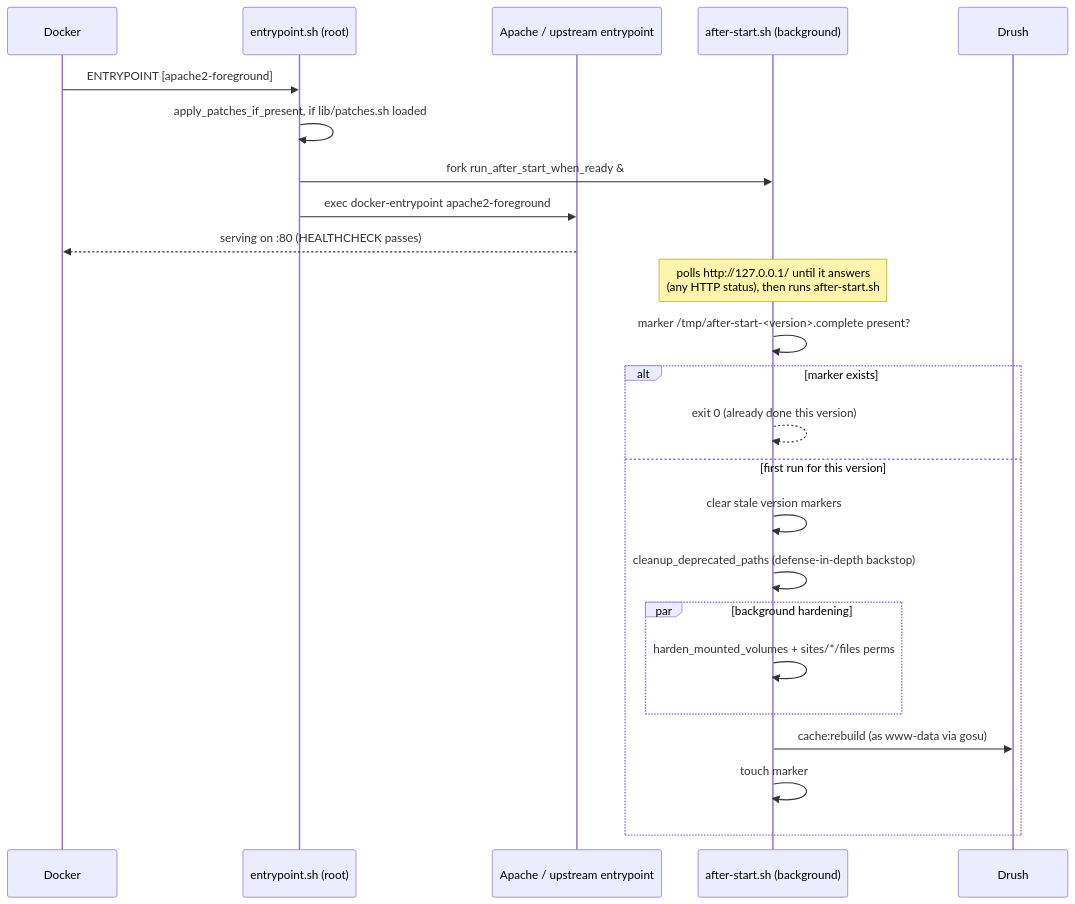
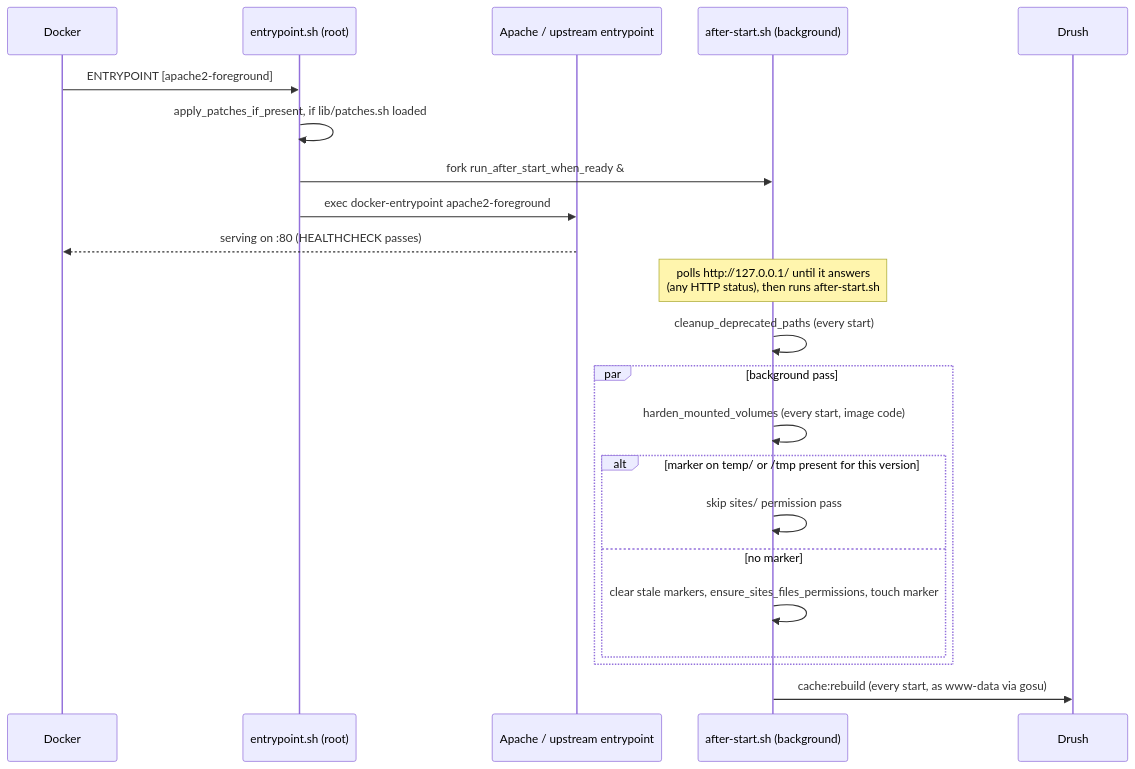
One commit to scbd/drupal-docker-wrapper changed the fifth of 9 diagrams in docs/architecture.md. Above: the diagram before and after it, drawn with Mermaid. The commit also changed other lines of this file and 9 other files, not shown here.

````diff
--- a/docs/architecture.md
+++ b/docs/architecture.md
@@ -174,28 +174,26 @@
 ```mermaid
 sequenceDiagram
   participant Docker
   participant Entry as entrypoint.sh (root)
   participant Apache as Apache / upstream entrypoint
   participant After as after-start.sh (background)
   participant Drush
 
   Docker->>Entry: ENTRYPOINT [apache2-foreground]
   Entry->>Entry: apply_patches_if_present, if lib/patches.sh loaded
   Entry->>After: fork run_after_start_when_ready &
   Entry->>Apache: exec docker-entrypoint apache2-foreground
   Apache-->>Docker: serving on :80 (HEALTHCHECK passes)
 
   Note over After: polls http://127.0.0.1/ until it answers<br/>(any HTTP status), then runs after-start.sh
-  After->>After: marker /tmp/after-start-<version>.complete present?
-  alt marker exists
-    After-->>After: exit 0 (already done this version)
-  else first run for this version
-    After->>After: clear stale version markers
-    After->>After: cleanup_deprecated_paths (defense-in-depth backstop)
-    par background hardening
-      After->>After: harden_mounted_volumes + sites/*/files perms
+  After->>After: cleanup_deprecated_paths (every start)
+  par background pass
+    After->>After: harden_mounted_volumes (every start, image code)
+    alt marker on temp/ or /tmp present for this version
+      After->>After: skip sites/ permission pass
+    else no marker
+      After->>After: clear stale markers, ensure_sites_files_permissions, touch marker
     end
-    After->>Drush: cache:rebuild (as www-data via gosu)
-    After->>After: touch marker
   end
+  After->>Drush: cache:rebuild (every start, as www-data via gosu)
 ```
````
